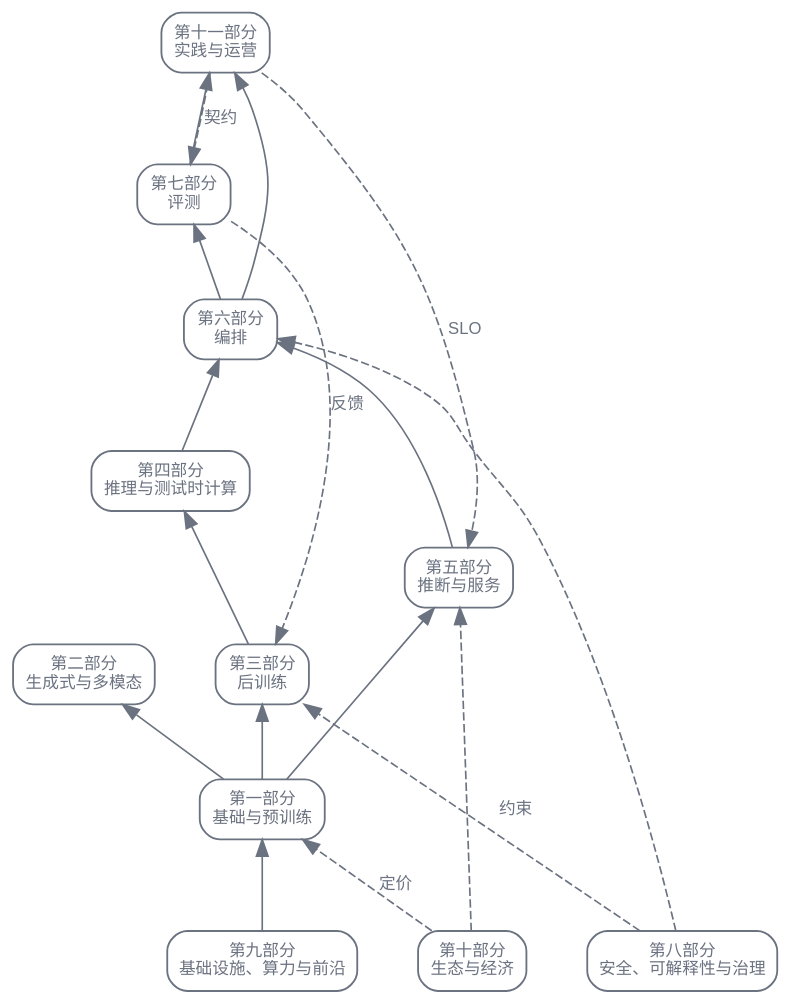
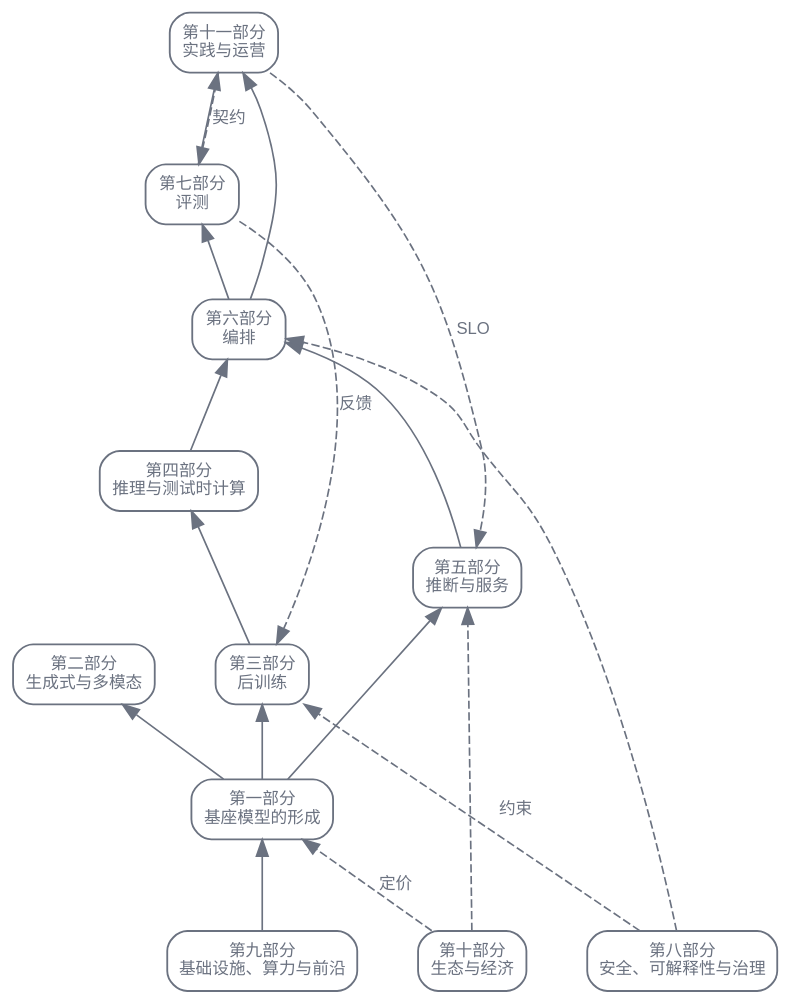
One commit to latere-ai/ai-as-an-infrastructure changed the first of 2 diagrams in zh/orientation/02-field-map.qmd. Above: the diagram before and after it, drawn with Graphviz. The commit also changed other lines of this file and 20 other files, not shown here.

````diff
--- a/zh/orientation/02-field-map.qmd
+++ b/zh/orientation/02-field-map.qmd
@@ -13,36 +13,36 @@
 ```{dot}
 //| label: fig-field-map-stack
 //| fig-cap: "这些实质部分读作一个栈。实线箭头从一层指向构建于其上的那层；虚线箭头是横切的力（评估反馈、安全约束、经济定价），它们跨层施加影响，而不是把一层传递给下一层。"
 digraph {
   bgcolor="transparent";
   rankdir=BT;
   nodesep=0.5; ranksep=0.6;
   node [shape=box, style=rounded, fontsize=10, fontname="Helvetica", color="#6b7280", fontcolor="#6b7280", penwidth=1.1];
   edge [fontsize=10, fontname="Helvetica", color="#6b7280", fontcolor="#6b7280"];
 
   PIX  [label="第九部分\n基础设施、算力与前沿"];
-  PI   [label="第一部分\n基础与预训练"];
+  PI   [label="第一部分\n基座模型的形成"];
   PII  [label="第二部分\n生成式与多模态"];
   PIII [label="第三部分\n后训练"];
   PIV  [label="第四部分\n推理与测试时计算"];
   PV   [label="第五部分\n推断与服务"];
   PVI  [label="第六部分\n编排"];
   PVII [label="第七部分\n评测"];
   PVIII[label="第八部分\n安全、可解释性与治理"];
   PX   [label="第十部分\n生态与经济"];
   PXI  [label="第十一部分\n实践与运营"];
 
   PIX -> PI;
   PI -> PII; PI -> PIII; PI -> PV;
   PIII -> PIV; PIV -> PVI; PV -> PVI;
   PVI -> PVII; PVI -> PXI; PVII -> PXI;
 
   PVII  -> PIII [style=dashed, label="反馈", constraint=false];
   PVIII -> PIII [style=dashed, label="约束", constraint=false];
   PVIII -> PVI  [style=dashed, constraint=false];
   PX -> PI [style=dashed, label="定价", constraint=false];
   PX -> PV [style=dashed, constraint=false];
   PXI -> PV [style=dashed, label="SLO", constraint=false];
   PXI -> PVII [style=dashed, label="契约", constraint=false];
 }
 ```
````
